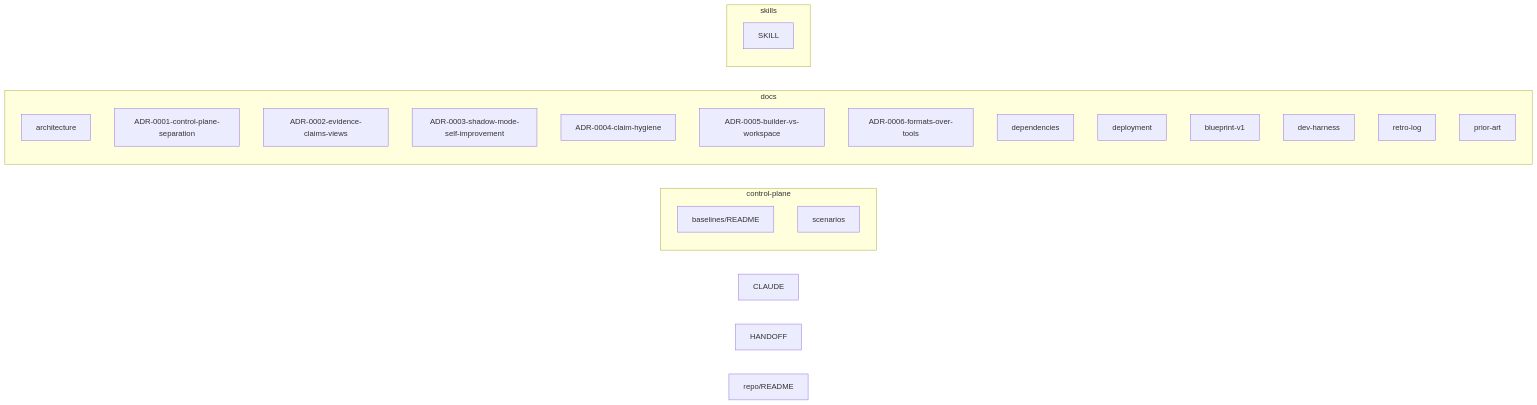
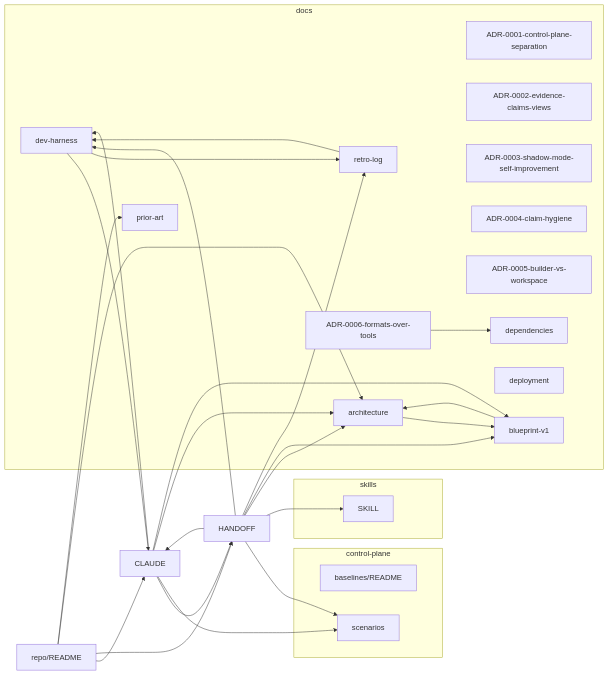
One commit to boulaajaj/ai-mise changed the diagram in docs/mindmap.md. Above: the diagram before and after it, drawn with Mermaid. The commit also changed other lines of this file and 1 other file, not shown here.

Commit message:
Mind-map generator reads backtick path references; regenerate

````diff
--- a/docs/mindmap.md
+++ b/docs/mindmap.md
@@ -7,28 +7,50 @@
 ```mermaid
 graph LR
   subgraph control_plane_g[control-plane]
     control_plane_evaluation_baselines_README_md["baselines/README"]
     control_plane_threat_tests_scenarios_md["scenarios"]
   end
   subgraph docs_g[docs]
     docs_architecture_md["architecture"]
     docs_decisions_ADR_0001_control_plane_separation_md["ADR-0001-control-plane-separation"]
     docs_decisions_ADR_0002_evidence_claims_views_md["ADR-0002-evidence-claims-views"]
     docs_decisions_ADR_0003_shadow_mode_self_improvement_md["ADR-0003-shadow-mode-self-improvement"]
     docs_decisions_ADR_0004_claim_hygiene_md["ADR-0004-claim-hygiene"]
     docs_decisions_ADR_0005_builder_vs_workspace_md["ADR-0005-builder-vs-workspace"]
     docs_decisions_ADR_0006_formats_over_tools_md["ADR-0006-formats-over-tools"]
     docs_dependencies_md["dependencies"]
     docs_deployment_md["deployment"]
     docs_history_blueprint_v1_md["blueprint-v1"]
     docs_meta_dev_harness_md["dev-harness"]
     docs_meta_retro_log_md["retro-log"]
     docs_prior_art_md["prior-art"]
   end
   CLAUDE_md["CLAUDE"]
   HANDOFF_md["HANDOFF"]
   README_md["repo/README"]
   subgraph skills_g[skills]
     skills_inspector_SKILL_md["SKILL"]
   end
+  CLAUDE_md --> HANDOFF_md
+  CLAUDE_md --> control_plane_threat_tests_scenarios_md
+  CLAUDE_md --> docs_architecture_md
+  CLAUDE_md --> docs_history_blueprint_v1_md
+  CLAUDE_md --> docs_meta_dev_harness_md
+  HANDOFF_md --> CLAUDE_md
+  HANDOFF_md --> control_plane_threat_tests_scenarios_md
+  HANDOFF_md --> docs_architecture_md
+  HANDOFF_md --> docs_history_blueprint_v1_md
+  HANDOFF_md --> docs_meta_dev_harness_md
+  HANDOFF_md --> docs_meta_retro_log_md
+  HANDOFF_md --> skills_inspector_SKILL_md
+  README_md --> CLAUDE_md
+  README_md --> HANDOFF_md
+  README_md --> docs_architecture_md
+  README_md --> docs_prior_art_md
+  docs_architecture_md --> docs_history_blueprint_v1_md
+  docs_decisions_ADR_0006_formats_over_tools_md --> docs_dependencies_md
+  docs_history_blueprint_v1_md --> docs_architecture_md
+  docs_meta_dev_harness_md --> CLAUDE_md
+  docs_meta_dev_harness_md --> docs_meta_retro_log_md
+  docs_meta_retro_log_md --> docs_meta_dev_harness_md
 ```
````
